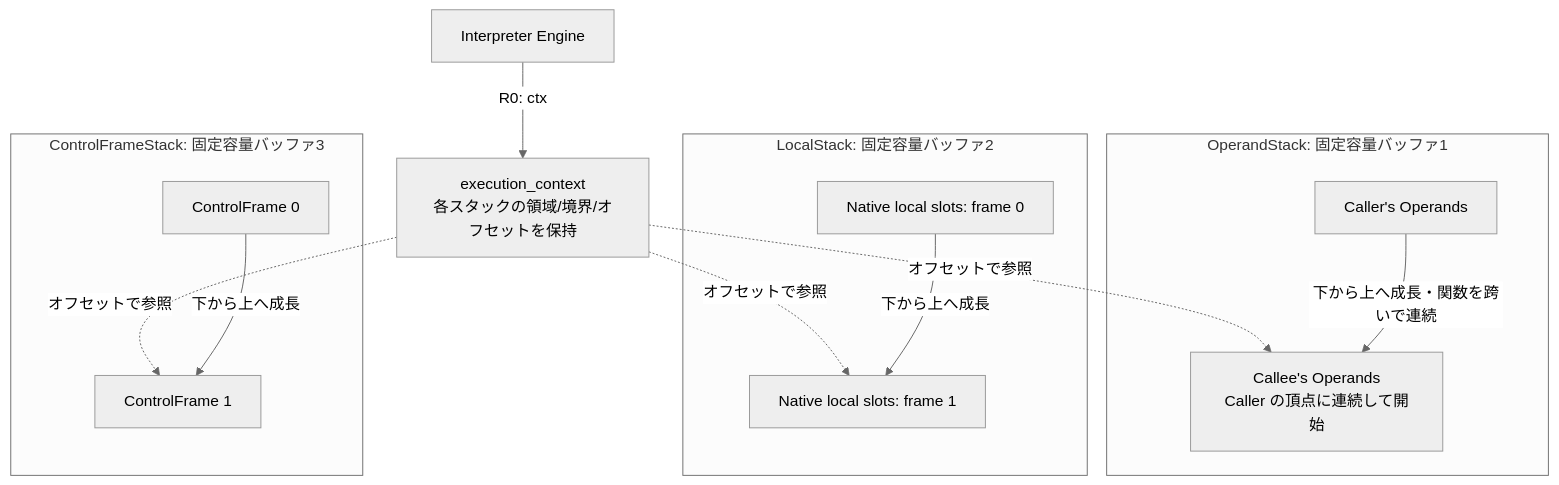
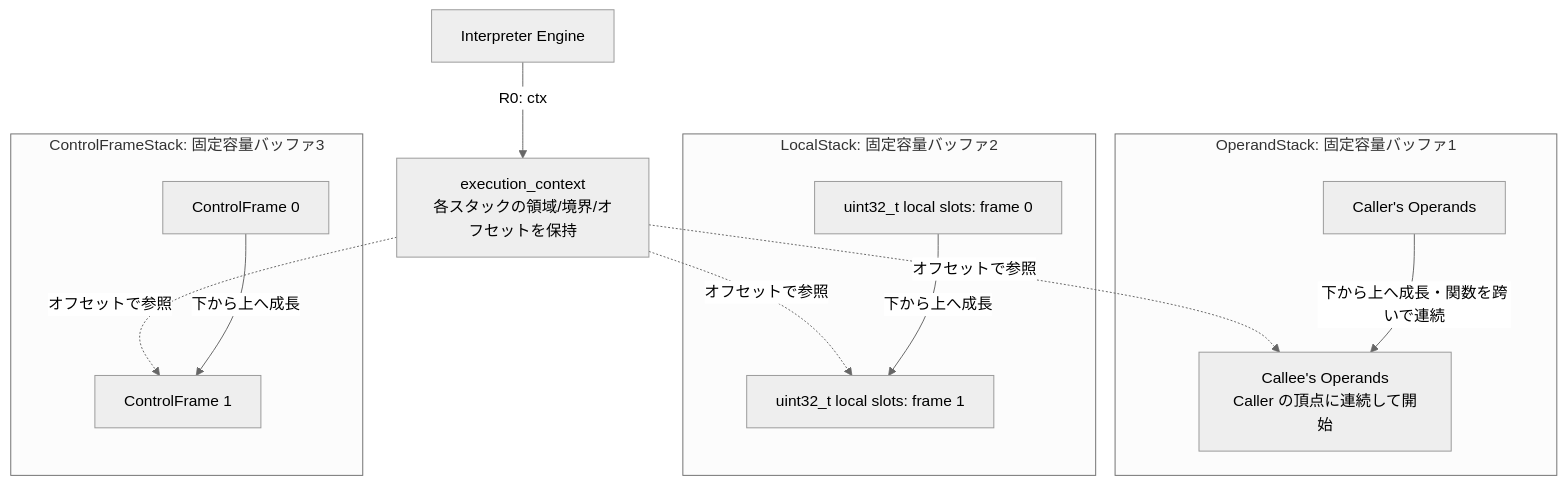
One commit to kmt-t/fireball changed the first of 4 diagrams in docs/components/tier2_runtime/runtime_interpreter.md. Above: the diagram before and after it, drawn with Mermaid (neutral theme). The commit also changed other lines of this file and 40 other files, not shown here.

````diff
--- a/docs/components/tier2_runtime/runtime_interpreter.md
+++ b/docs/components/tier2_runtime/runtime_interpreter.md
@@ -28,27 +28,27 @@
 ```mermaid
 graph TD
     Ctx[execution_context<br/>各スタックの領域/境界/オフセットを保持]
 
     subgraph Operand_Stack_Memory["OperandStack: 固定容量バッファ1"]
         Op0[Caller's Operands]
         Op1[Callee's Operands<br/>Caller の頂点に連続して開始]
     end
 
     subgraph Local_Stack_Memory["LocalStack: 固定容量バッファ2"]
-        Loc0[Native local slots: frame 0]
-        Loc1[Native local slots: frame 1]
+        Loc0[uint32_t local slots: frame 0]
+        Loc1[uint32_t local slots: frame 1]
     end
 
     subgraph Control_Frame_Memory["ControlFrameStack: 固定容量バッファ3"]
         Ctrl0[ControlFrame 0]
         Ctrl1[ControlFrame 1]
     end
 
     Engine[Interpreter Engine] -- R0: ctx --> Ctx
     Ctx -. "オフセットで参照" .-> Op1
     Ctx -. "オフセットで参照" .-> Loc1
     Ctx -. "オフセットで参照" .-> Ctrl1
     Op0 -- "下から上へ成長・関数を跨いで連続" --> Op1
     Loc0 -- "下から上へ成長" --> Loc1
     Ctrl0 -- "下から上へ成長" --> Ctrl1
 ```
````
